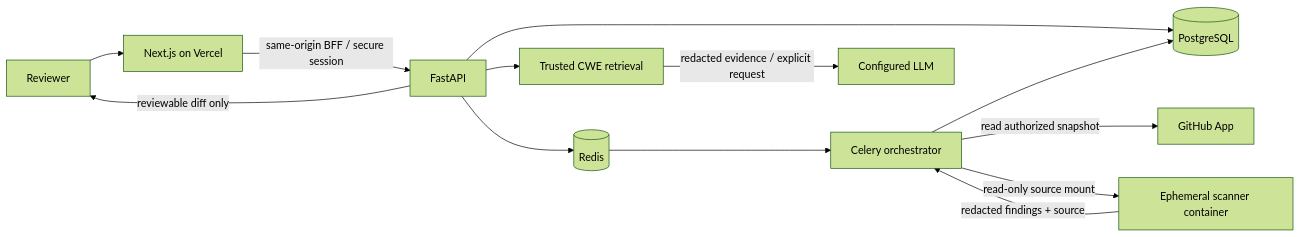
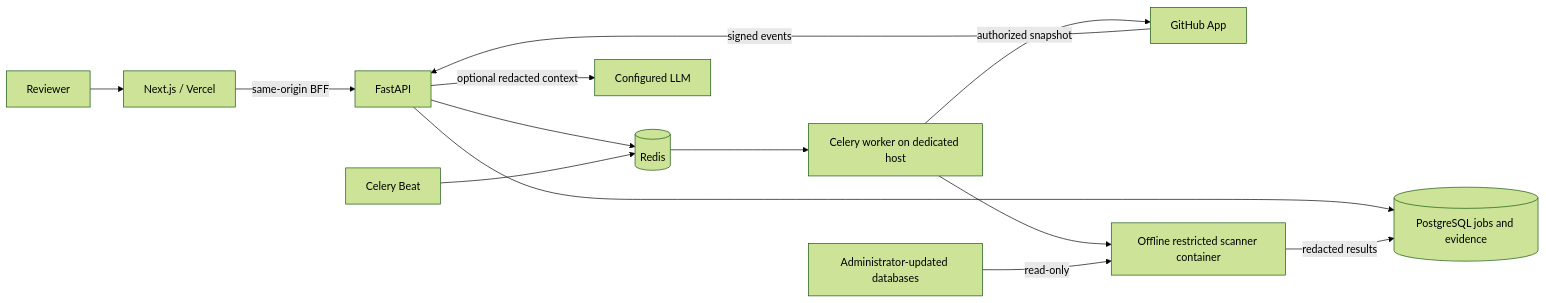
Before and after one commit to aashleshshet/CodeGuardian: the diagram in README.md, drawn with Mermaid (forest theme). The commit also changed other lines of this file and 73 other files, not shown here.

````diff
--- a/README.md
+++ b/README.md
@@ -120,15 +75,15 @@
 ```mermaid
 flowchart LR
-  Reviewer[Reviewer] --> Web[Next.js on Vercel]
-  Web -->|same-origin BFF / secure session| API[FastAPI]
-  API --> DB[(PostgreSQL)]
-  API --> Queue[(Redis)]
-  Queue --> Worker[Celery orchestrator]
-  Worker -->|read authorized snapshot| GitHub[GitHub App]
-  Worker -->|read-only source mount| Sandbox[Ephemeral scanner container]
-  Sandbox -->|redacted findings + source| Worker
-  Worker --> DB
-  API --> RAG[Trusted CWE retrieval]
-  RAG -->|redacted evidence / explicit request| LLM[Configured LLM]
-  API -->|reviewable diff only| Reviewer
+    U[Reviewer] --> N[Next.js / Vercel]
+    N -->|same-origin BFF| A[FastAPI]
+    G[GitHub App] -->|signed events| A
+    A --> P[(PostgreSQL jobs and evidence)]
+    A --> R[(Redis)]
+    R --> W[Celery worker on dedicated host]
+    W -->|authorized snapshot| G
+    W --> S[Offline restricted scanner container]
+    C[Administrator-updated databases] -->|read-only| S
+    S -->|redacted results| P
+    A -->|optional redacted context| L[Configured LLM]
+    B[Celery Beat] --> R
 ```
````
